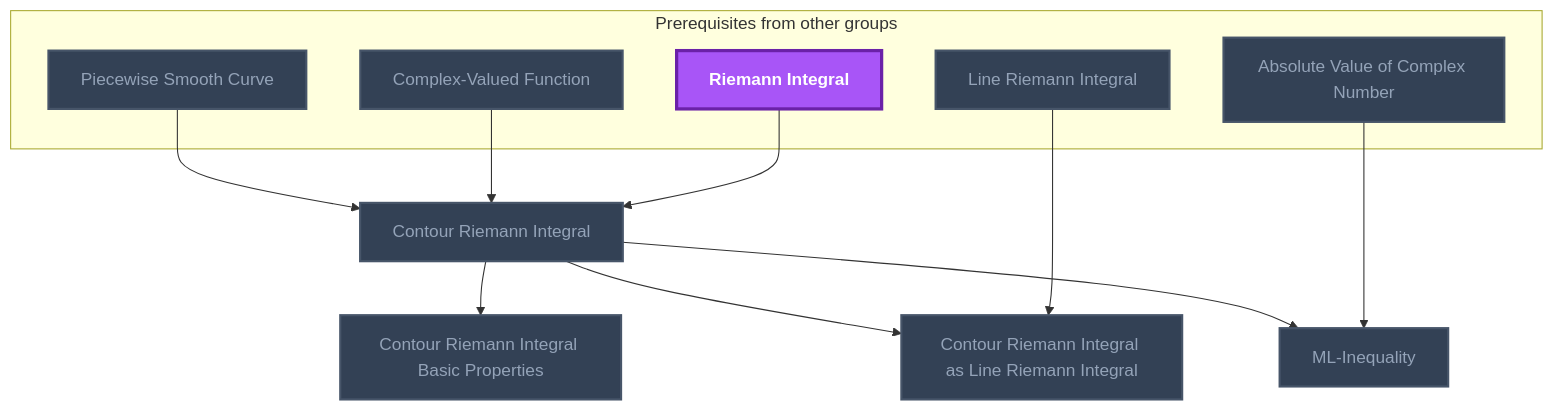
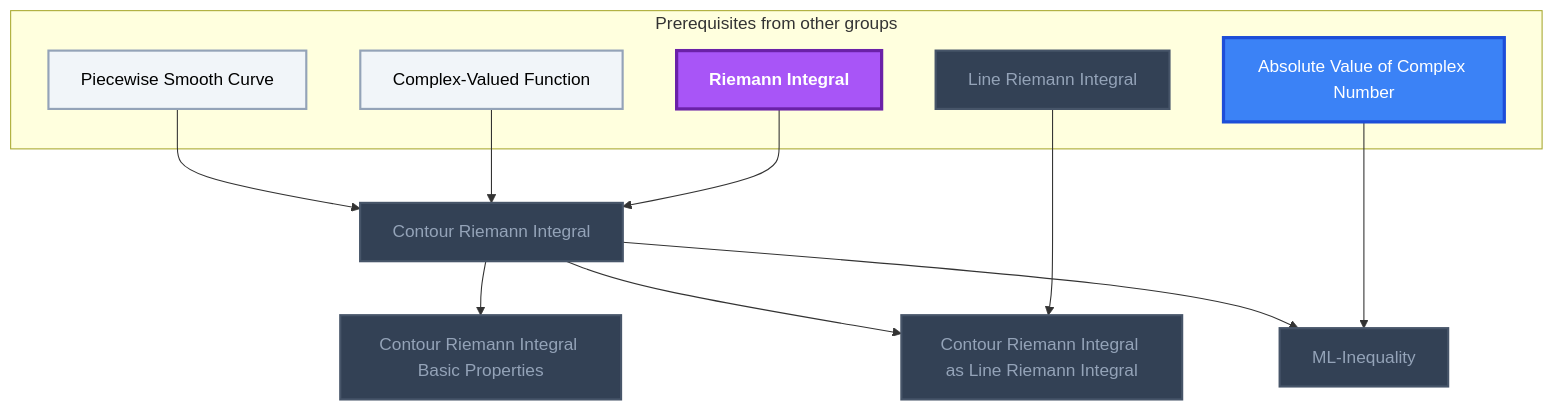
One commit to MRauf1/My-Notes changed the fifth of 19 diagrams in Gamification/Skill Trees/Complex Analysis.md. Above: the diagram before and after it, drawn with Mermaid. The commit also changed other lines of this file and 145 other files, not shown here.

````diff
--- a/Gamification/Skill Trees/Complex Analysis.md
+++ b/Gamification/Skill Trees/Complex Analysis.md
@@ -194,34 +199,36 @@
 ```mermaid
 flowchart TD
     classDef planned fill:#1E293B,stroke:#64748B,stroke-width:2px,stroke-dasharray:5 5,color:#94A3B8;
     classDef locked fill:#334155,stroke:#475569,stroke-width:2px,color:#94A3B8;
     classDef L0 fill:#F1F5F9,stroke:#94A3B8,stroke-width:2px,color:#000000;
     classDef L1 fill:#22C55E,stroke:#15803D,stroke-width:2px,color:#000000;
     classDef L2 fill:#3B82F6,stroke:#1D4ED8,stroke-width:3px,color:#FFFFFF;
     classDef L3 fill:#A855F7,stroke:#6B21A8,stroke-width:3px,color:#FFFFFF,font-weight:bold;
     classDef L4 fill:#F97316,stroke:#C2410C,stroke-width:4px,color:#000000,font-weight:bold;
     classDef L5 fill:#FFD700,stroke:#FF8C00,stroke-width:5px,color:#000000,font-weight:bold;
     classDef rusty stroke:#8B4513,stroke-width:4px,stroke-dasharray:3 3;
     subgraph sg_prereqs["Prerequisites from other groups"]
         n_piecewise_smooth_curve["Piecewise Smooth Curve"]
         n_complex_valued_function["Complex-Valued Function"]
         n_riemann_integral["Riemann Integral"]
         n_line_riemann_integral["Line Riemann Integral"]
         n_absolute_value_of_complex_number["Absolute Value of Complex Number"]
     end
     n_contour_riemann_integral["Contour Riemann Integral"]
     n_contour_riemann_integral_basic_properties["Contour Riemann Integral Basic Properties"]
     n_contour_riemann_integral_as_line_riemann_integral["Contour Riemann Integral as Line Riemann Integral"]
     n_ml_inequality["ML-Inequality"]
     n_piecewise_smooth_curve --> n_contour_riemann_integral
     n_complex_valued_function --> n_contour_riemann_integral
     n_riemann_integral --> n_contour_riemann_integral
     n_contour_riemann_integral --> n_contour_riemann_integral_basic_properties
     n_contour_riemann_integral --> n_contour_riemann_integral_as_line_riemann_integral
     n_line_riemann_integral --> n_contour_riemann_integral_as_line_riemann_integral
     n_contour_riemann_integral --> n_ml_inequality
     n_absolute_value_of_complex_number --> n_ml_inequality
-    class n_piecewise_smooth_curve,n_complex_valued_function,n_line_riemann_integral,n_absolute_value_of_complex_number,n_contour_riemann_integral,n_contour_riemann_integral_basic_properties,n_contour_riemann_integral_as_line_riemann_integral,n_ml_inequality locked;
+    class n_line_riemann_integral,n_contour_riemann_integral,n_contour_riemann_integral_basic_properties,n_contour_riemann_integral_as_line_riemann_integral,n_ml_inequality locked;
+    class n_piecewise_smooth_curve,n_complex_valued_function L0;
+    class n_absolute_value_of_complex_number L2;
     class n_riemann_integral L3;
     class n_piecewise_smooth_curve,n_complex_valued_function,n_riemann_integral,n_line_riemann_integral,n_absolute_value_of_complex_number,n_contour_riemann_integral,n_contour_riemann_integral_basic_properties,n_contour_riemann_integral_as_line_riemann_integral,n_ml_inequality internal-link;
 ```
````
